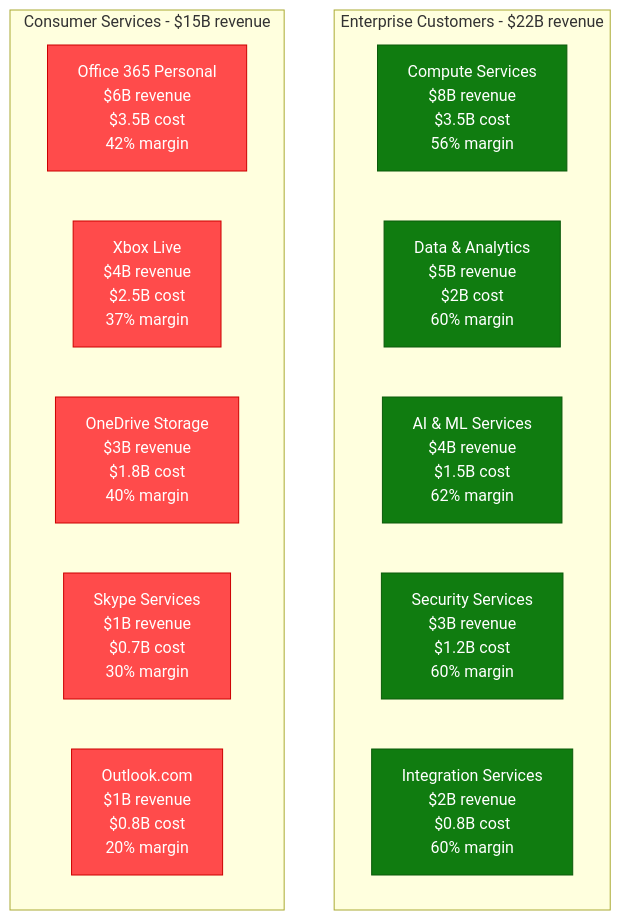
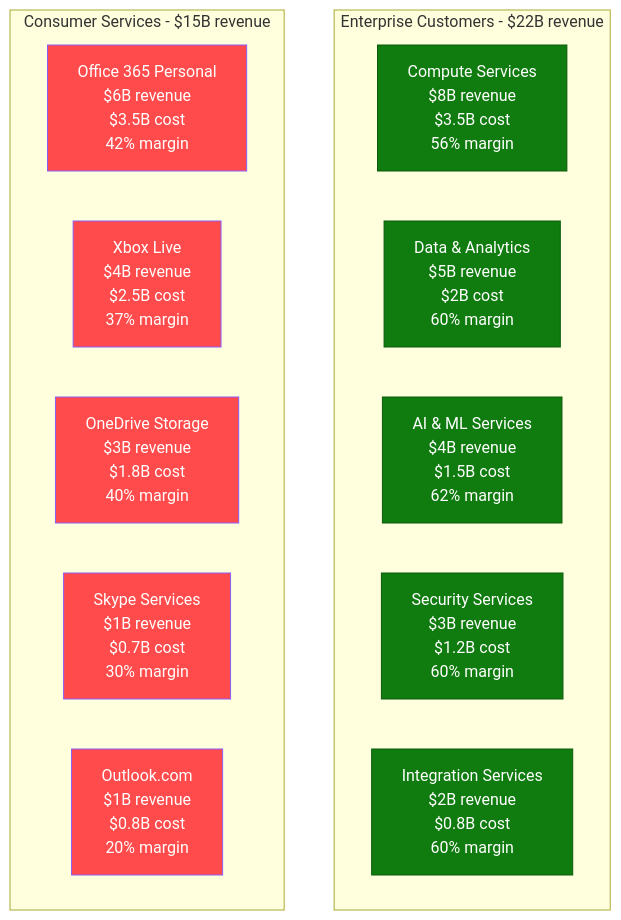
One commit to deepaucksharma/DS changed the fifth of 9 diagrams in site/docs/costs/microsoft-azure-infrastructure-breakdown.md. Above: the diagram before and after it, drawn with Mermaid. The commit also changed other lines of this file and 187 other files, not shown here.

````diff
--- a/site/docs/costs/microsoft-azure-infrastructure-breakdown.md
+++ b/site/docs/costs/microsoft-azure-infrastructure-breakdown.md
@@ -177,24 +177,24 @@
 ```mermaid
 graph TB
     subgraph Enterprise_Customers____22B_revenue[Enterprise Customers - $22B revenue]
         E1[Compute Services<br/>$8B revenue<br/>$3.5B cost<br/>56% margin]
         E2[Data & Analytics<br/>$5B revenue<br/>$2B cost<br/>60% margin]
         E3[AI & ML Services<br/>$4B revenue<br/>$1.5B cost<br/>62% margin]
         E4[Security Services<br/>$3B revenue<br/>$1.2B cost<br/>60% margin]
         E5[Integration Services<br/>$2B revenue<br/>$0.8B cost<br/>60% margin]
     end
 
     subgraph Consumer_Services____15B_revenue[Consumer Services - $15B revenue]
         C1[Office 365 Personal<br/>$6B revenue<br/>$3.5B cost<br/>42% margin]
         C2[Xbox Live<br/>$4B revenue<br/>$2.5B cost<br/>37% margin]
         C3[OneDrive Storage<br/>$3B revenue<br/>$1.8B cost<br/>40% margin]
         C4[Skype Services<br/>$1B revenue<br/>$0.7B cost<br/>30% margin]
         C5[Outlook.com<br/>$1B revenue<br/>$0.8B cost<br/>20% margin]
     end
 
     classDef enterpriseStyle fill:#107C10,stroke:#0B5A0B,color:#fff
-    classDef consumerStyle fill:#FF4B4B,stroke:#CC0000,color:#fff
+    classDef consumerStyle fill:#FF4B4B,stroke:#8B5CF6,color:#fff
 
     class E1,E2,E3,E4,E5 enterpriseStyle
     class C1,C2,C3,C4,C5 consumerStyle
 ```
````
